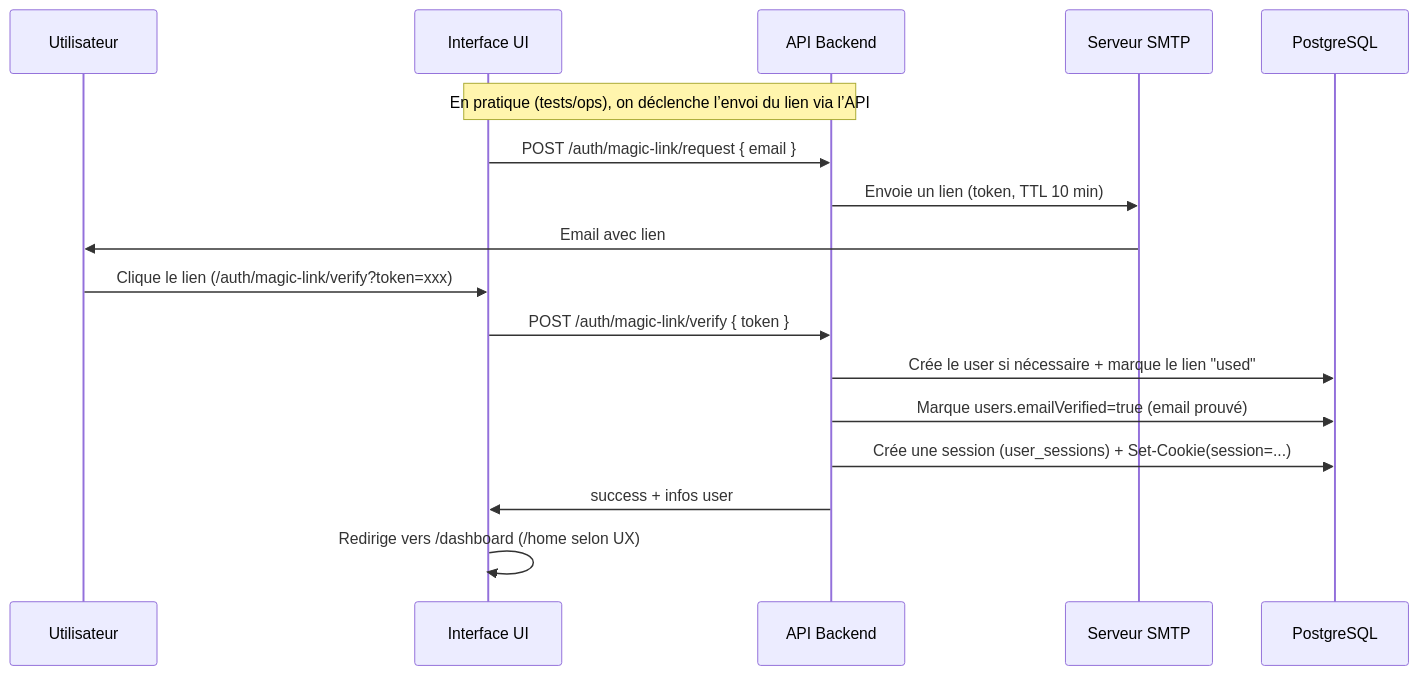
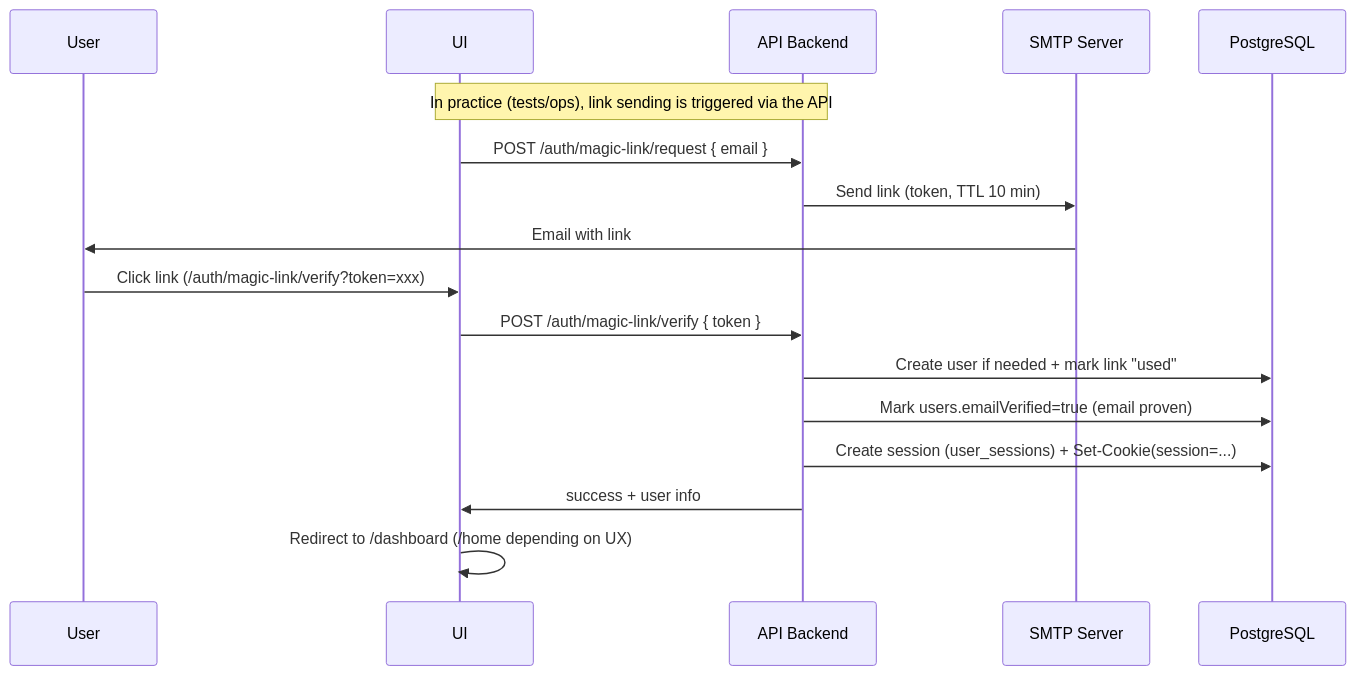
The first of 5 diagrams in spec/WORKFLOW_AUTH.md (rhanka/sentropic), drawn with Mermaid before and after one commit. The commit also changed other lines of this file and 13 other files, not shown here.

````diff
--- a/spec/WORKFLOW_AUTH.md
+++ b/spec/WORKFLOW_AUTH.md
@@ -18,20 +18,20 @@
 ```mermaid
 sequenceDiagram
-    participant U as Utilisateur
-    participant UI as Interface UI
+    participant U as User
+    participant UI as UI
     participant API as API Backend
-    participant SMTP as Serveur SMTP
+    participant SMTP as SMTP Server
     participant DB as PostgreSQL
 
-    Note over UI,API: En pratique (tests/ops), on déclenche l’envoi du lien via l’API
+    Note over UI,API: In practice (tests/ops), link sending is triggered via the API
     UI->>API: POST /auth/magic-link/request { email }
-    API->>SMTP: Envoie un lien (token, TTL 10 min)
-    SMTP->>U: Email avec lien
-    U->>UI: Clique le lien (/auth/magic-link/verify?token=xxx)
+    API->>SMTP: Send link (token, TTL 10 min)
+    SMTP->>U: Email with link
+    U->>UI: Click link (/auth/magic-link/verify?token=xxx)
     UI->>API: POST /auth/magic-link/verify { token }
-    API->>DB: Crée le user si nécessaire + marque le lien "used"
-    API->>DB: Marque users.emailVerified=true (email prouvé)
-    API->>DB: Crée une session (user_sessions) + Set-Cookie(session=...)
-    API->>UI: success + infos user
-    UI->>UI: Redirige vers /dashboard (/home selon UX)
+    API->>DB: Create user if needed + mark link "used"
+    API->>DB: Mark users.emailVerified=true (email proven)
+    API->>DB: Create session (user_sessions) + Set-Cookie(session=...)
+    API->>UI: success + user info
+    UI->>UI: Redirect to /dashboard (/home depending on UX)
 ```
````
